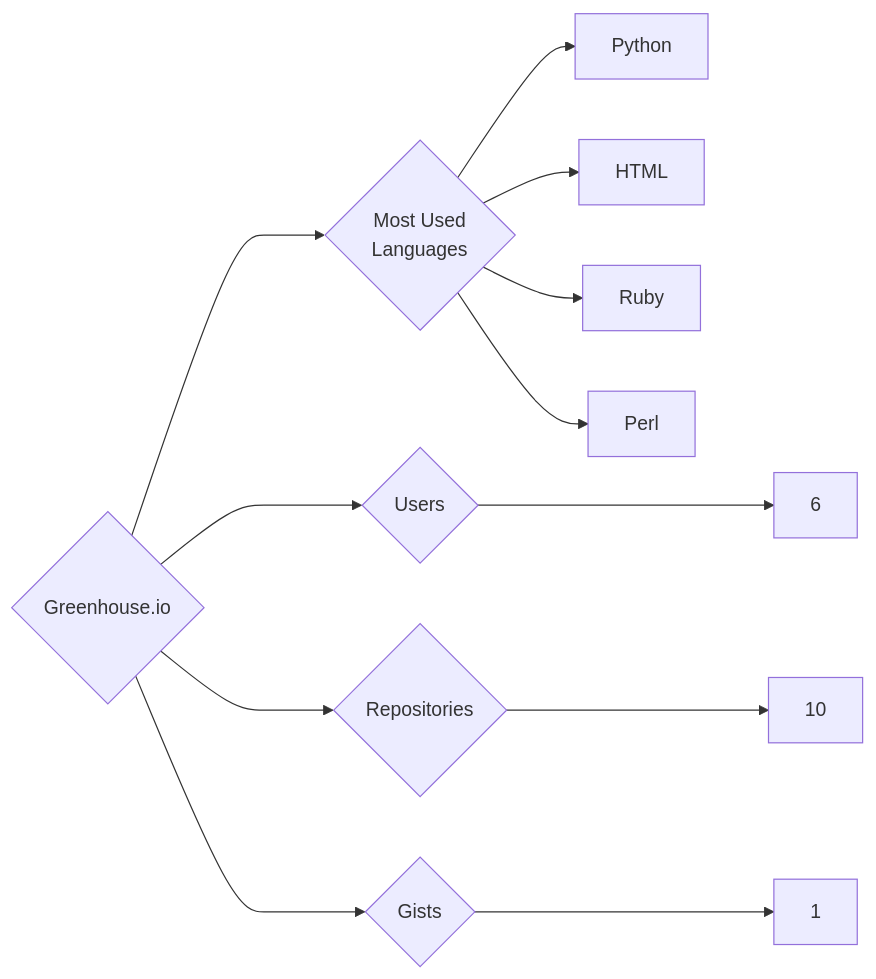
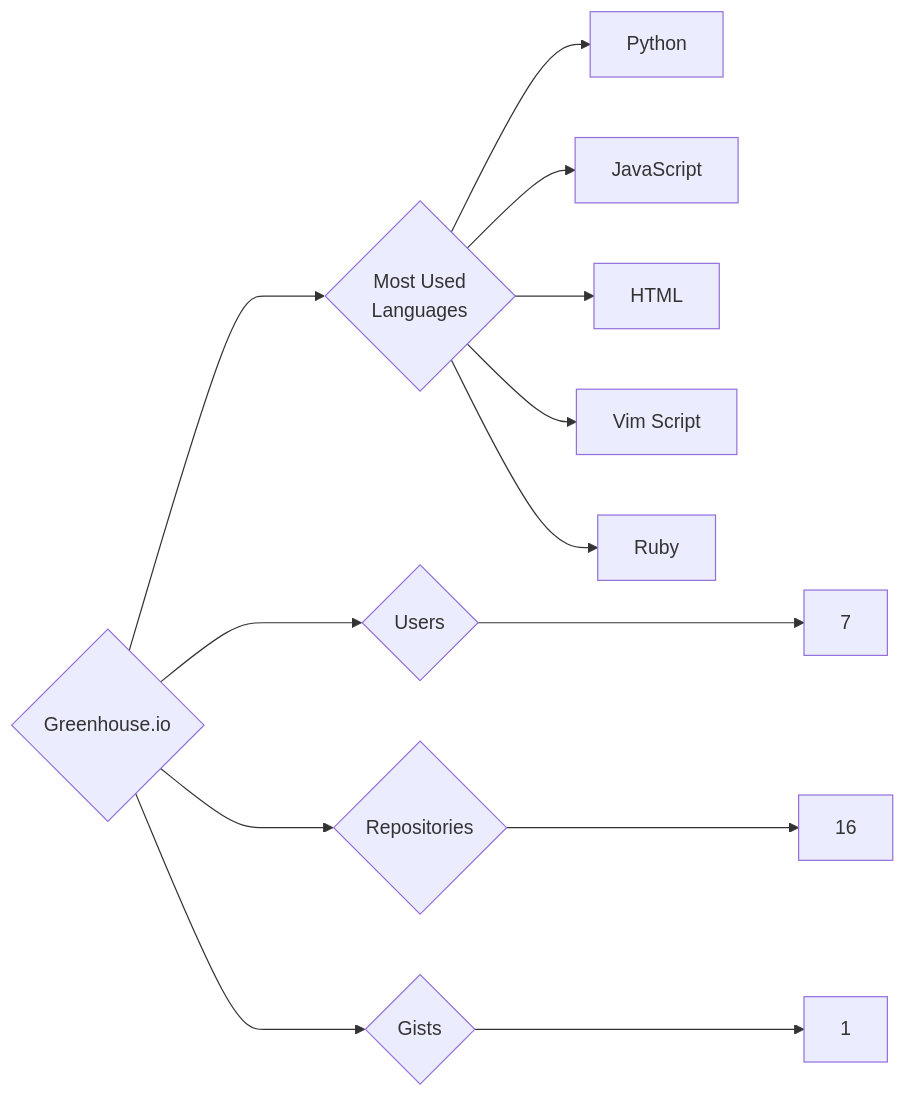
One commit to trickest/insiders changed the diagram in targets/Greenhouse.io/README.md. Above: the diagram before and after it, drawn with Mermaid. The commit also changed 724 other files, not shown here.

````diff
--- a/targets/Greenhouse.io/README.md
+++ b/targets/Greenhouse.io/README.md
@@ -3,12 +3,13 @@
 ```mermaid
 graph LR
 COMPANY_NAME{Greenhouse.io}
-COMPANY_NAME ---> U{Users} ---> UN[6]
-COMPANY_NAME ---> R{Repositories} ---> RN[10]
+COMPANY_NAME ---> U{Users} ---> UN[7]
+COMPANY_NAME ---> R{Repositories} ---> RN[16]
 COMPANY_NAME ---> G{Gists} ---> GN[1]
 COMPANY_NAME ---> ML{Most Used<br>Languages}
 ML --> Python[Python]
+ML --> JavaScript[JavaScript]
 ML --> HTML[HTML]
+ML --> Vim_Script[Vim Script]
 ML --> Ruby[Ruby]
-ML --> Perl[Perl]
 ```
````
